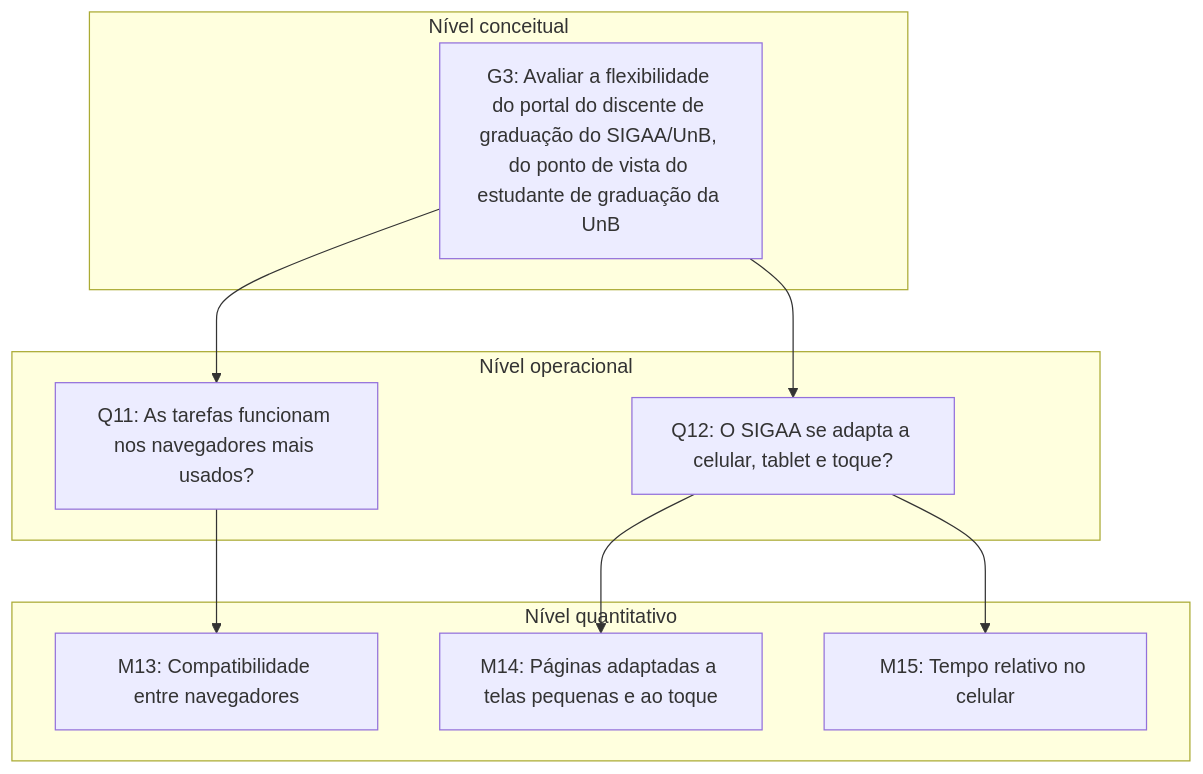
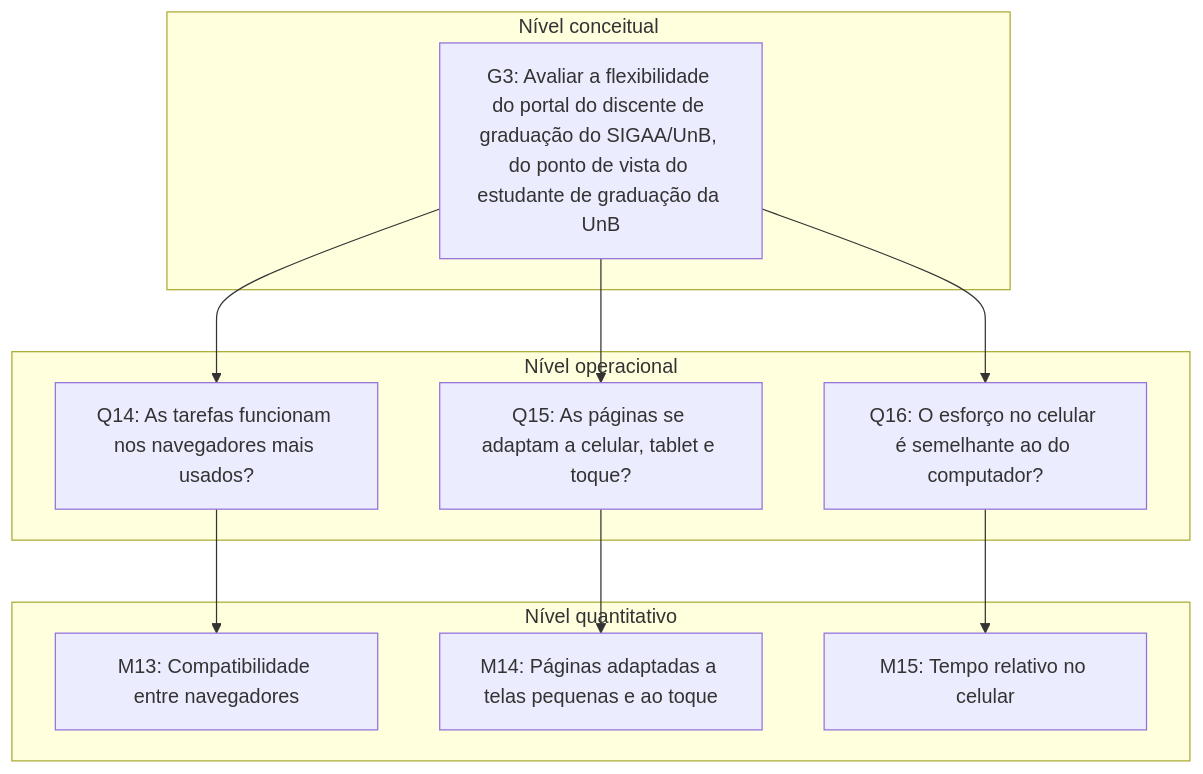
The fourth of 4 diagrams in docs/fase-2/grafico-gqm.md (FCTE-Qualidade-de-Software-1/2026-2_T02_ADELE_GOLDSTINE), drawn with Mermaid before and after one commit. The commit also changed other lines of this file, not shown here.

First line of the commit message:
[D09] Refaz os diagramas GQM com a relação 1:1

````diff
--- a/docs/fase-2/grafico-gqm.md
+++ b/docs/fase-2/grafico-gqm.md
@@ -134,18 +148,20 @@
 ```mermaid
 flowchart TD
     subgraph C["Nível conceitual"]
         G3["G3: Avaliar a flexibilidade do portal do discente de graduação do SIGAA/UnB, do ponto de vista do estudante de graduação da UnB"]
     end
     subgraph O["Nível operacional"]
-        Q11["Q11: As tarefas funcionam nos navegadores mais usados?"]
-        Q12["Q12: O SIGAA se adapta a celular, tablet e toque?"]
+        Q14["Q14: As tarefas funcionam nos navegadores mais usados?"]
+        Q15["Q15: As páginas se adaptam a celular, tablet e toque?"]
+        Q16["Q16: O esforço no celular é semelhante ao do computador?"]
     end
     subgraph Qt["Nível quantitativo"]
         M13["M13: Compatibilidade entre navegadores"]
         M14["M14: Páginas adaptadas a telas pequenas e ao toque"]
         M15["M15: Tempo relativo no celular"]
     end
-    G3 --> Q11 & Q12
-    Q11 --> M13
-    Q12 --> M14 & M15
+    G3 --> Q14 & Q15 & Q16
+    Q14 --> M13
+    Q15 --> M14
+    Q16 --> M15
 ```
````
